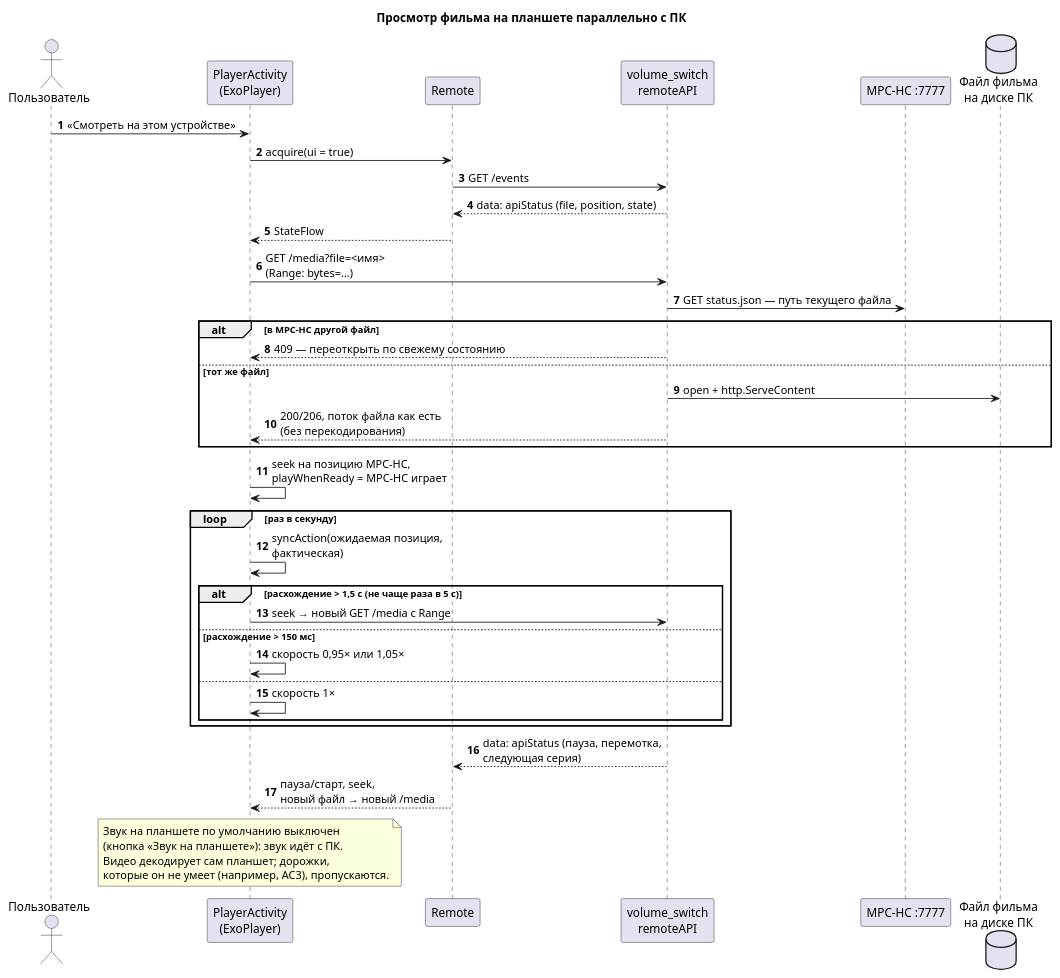
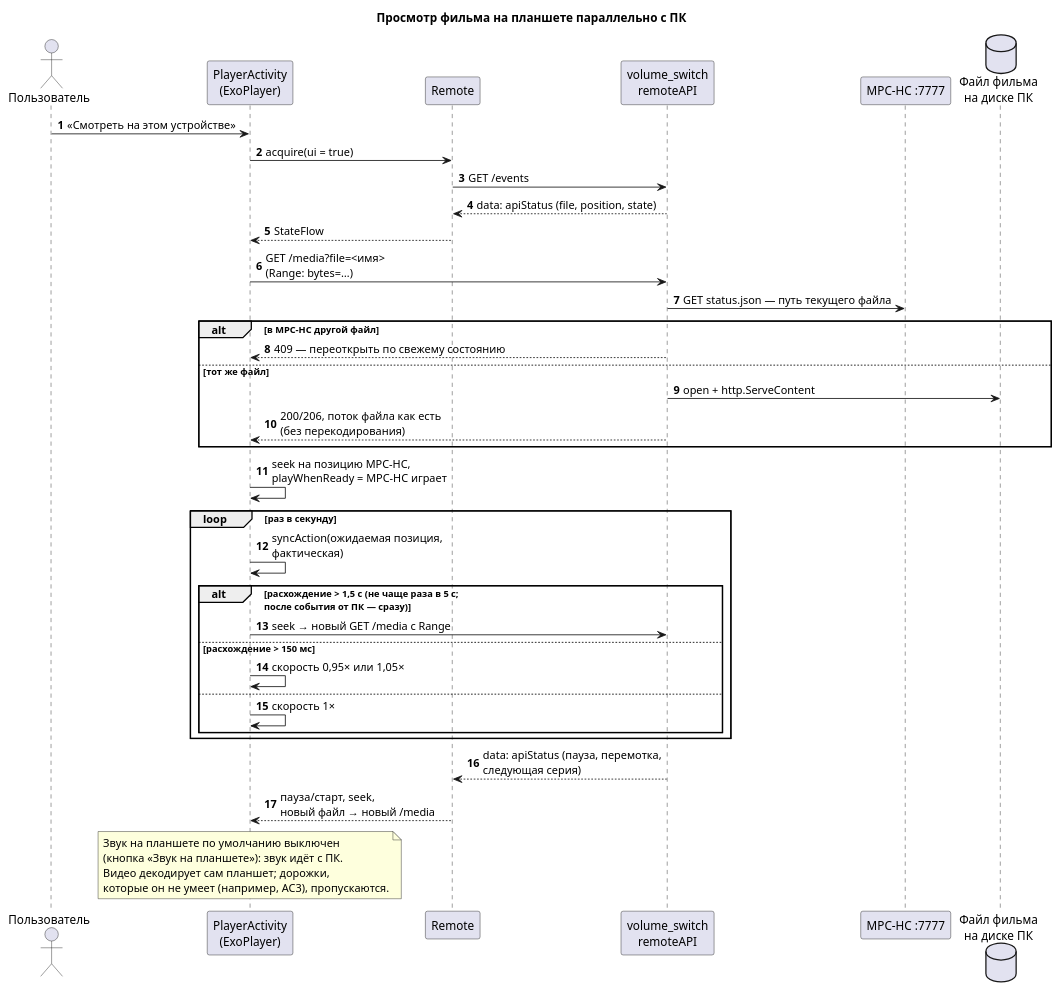
The diagram in docs/plantuml/06-video.puml (des1roer/volume_switch), drawn with PlantUML before and after one commit. The commit also changed 14 other files, not shown here.

```diff
--- a/docs/plantuml/06-video.puml
+++ b/docs/plantuml/06-video.puml
@@ -1,47 +1,47 @@
 @startuml remote-video
 title Просмотр фильма на планшете параллельно с ПК
 
 autonumber
 actor "Пользователь" as user
 participant "PlayerActivity\n(ExoPlayer)" as player
 participant "Remote" as remote
 participant "volume_switch\nremoteAPI" as api
 participant "MPC-HC :7777" as mpchc
 database "Файл фильма\nна диске ПК" as file
 
 user -> player : «Смотреть на этом устройстве»
 player -> remote : acquire(ui = true)
 remote -> api : GET /events
 api --> remote : data: apiStatus (file, position, state)
 remote --> player : StateFlow
 player -> api : GET /media?file=<имя>\n(Range: bytes=…)
 api -> mpchc : GET status.json — путь текущего файла
 alt в MPC-HC другой файл
   api --> player : 409 — переоткрыть по свежему состоянию
 else тот же файл
   api -> file : open + http.ServeContent
   api --> player : 200/206, поток файла как есть\n(без перекодирования)
 end
 player -> player : seek на позицию MPC-HC,\nplayWhenReady = MPC-HC играет
 
 loop раз в секунду
   player -> player : syncAction(ожидаемая позиция,\nфактическая)
-  alt расхождение > 1,5 с (не чаще раза в 5 с)
+  alt расхождение > 1,5 с (не чаще раза в 5 с;\nпосле события от ПК — сразу)
     player -> api : seek → новый GET /media с Range
   else расхождение > 150 мс
     player -> player : скорость 0,95× или 1,05×
   else
     player -> player : скорость 1×
   end
 end
 
 api --> remote : data: apiStatus (пауза, перемотка,\nследующая серия)
 remote --> player : пауза/старт, seek,\nновый файл → новый /media
 
 note over player
   Звук на планшете по умолчанию выключен
   (кнопка «Звук на планшете»): звук идёт с ПК.
   Видео декодирует сам планшет; дорожки,
   которые он не умеет (например, AC3), пропускаются.
 end note
 @enduml
```
